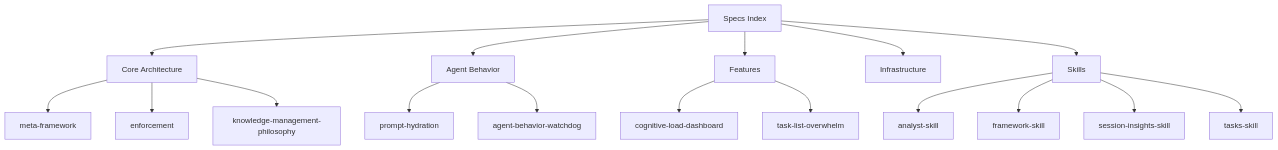
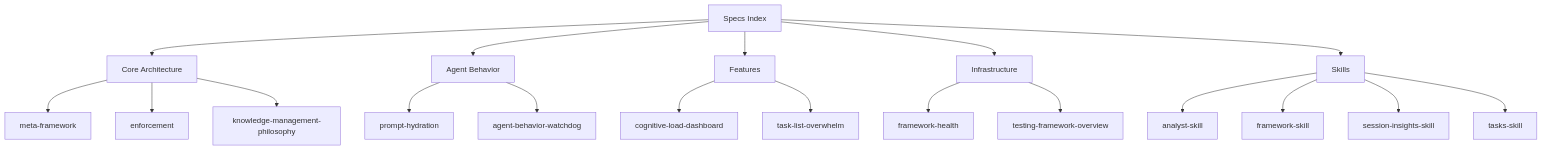
Before and after one commit to nicsuzor/academicOps: the diagram in specs/specs.md, drawn with Mermaid. The commit also changed other lines of this file and 11 other files, not shown here.

````diff
--- a/specs/specs.md
+++ b/specs/specs.md
@@ -14,23 +14,26 @@
 ```mermaid
 graph TD
     A[Specs Index] --> B[Core Architecture]
     A --> C[Agent Behavior]
     A --> D[Features]
     A --> E[Infrastructure]
     A --> F[Skills]
 
     B --> B1[meta-framework]
     B --> B2[enforcement]
     B --> B3[knowledge-management-philosophy]
 
     C --> C1[prompt-hydration]
     C --> C2[agent-behavior-watchdog]
 
     D --> D1[cognitive-load-dashboard]
     D --> D2[task-list-overwhelm]
 
+    E --> E1[framework-health]
+    E --> E2[testing-framework-overview]
+
     F --> F1[analyst-skill]
     F --> F2[framework-skill]
     F --> F3[session-insights-skill]
     F --> F4[tasks-skill]
 ```
````
